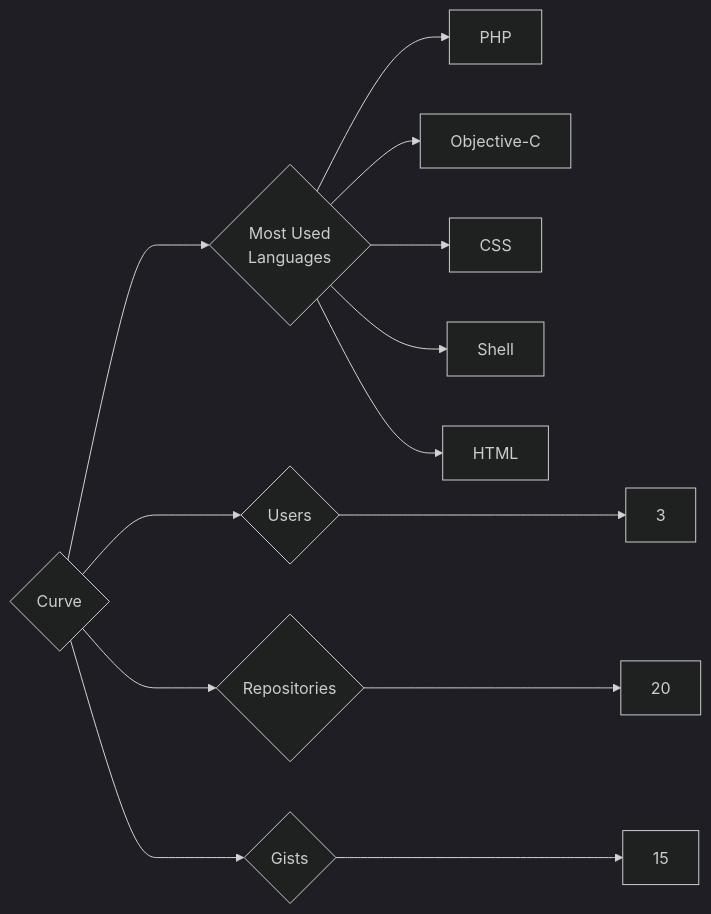
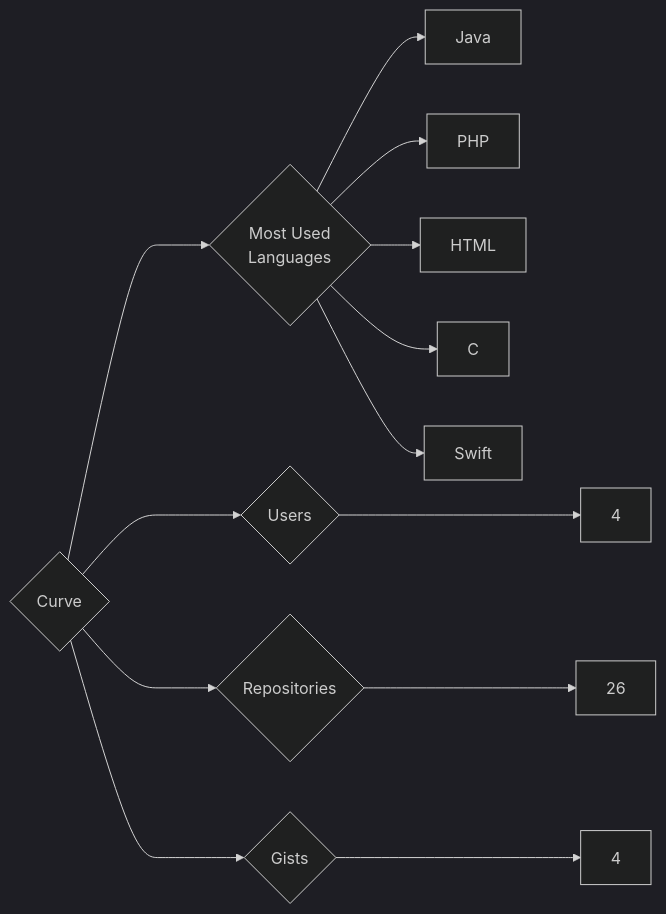
One commit to trickest/insiders changed the diagram in targets/Curve/README.md. Above: the diagram before and after it, drawn with Mermaid (dark theme). The commit also changed 736 other files, not shown here.

````diff
--- a/targets/Curve/README.md
+++ b/targets/Curve/README.md
@@ -3,13 +3,13 @@
 ```mermaid
 graph LR
 COMPANY_NAME{Curve}
-COMPANY_NAME ---> U{Users} ---> UN[3]
-COMPANY_NAME ---> R{Repositories} ---> RN[20]
-COMPANY_NAME ---> G{Gists} ---> GN[15]
+COMPANY_NAME ---> U{Users} ---> UN[4]
+COMPANY_NAME ---> R{Repositories} ---> RN[26]
+COMPANY_NAME ---> G{Gists} ---> GN[4]
 COMPANY_NAME ---> ML{Most Used<br>Languages}
+ML --> Java[Java]
 ML --> PHP[PHP]
-ML --> Objective-C[Objective-C]
-ML --> CSS[CSS]
-ML --> Shell[Shell]
 ML --> HTML[HTML]
+ML --> C[C]
+ML --> Swift[Swift]
 ```
````
